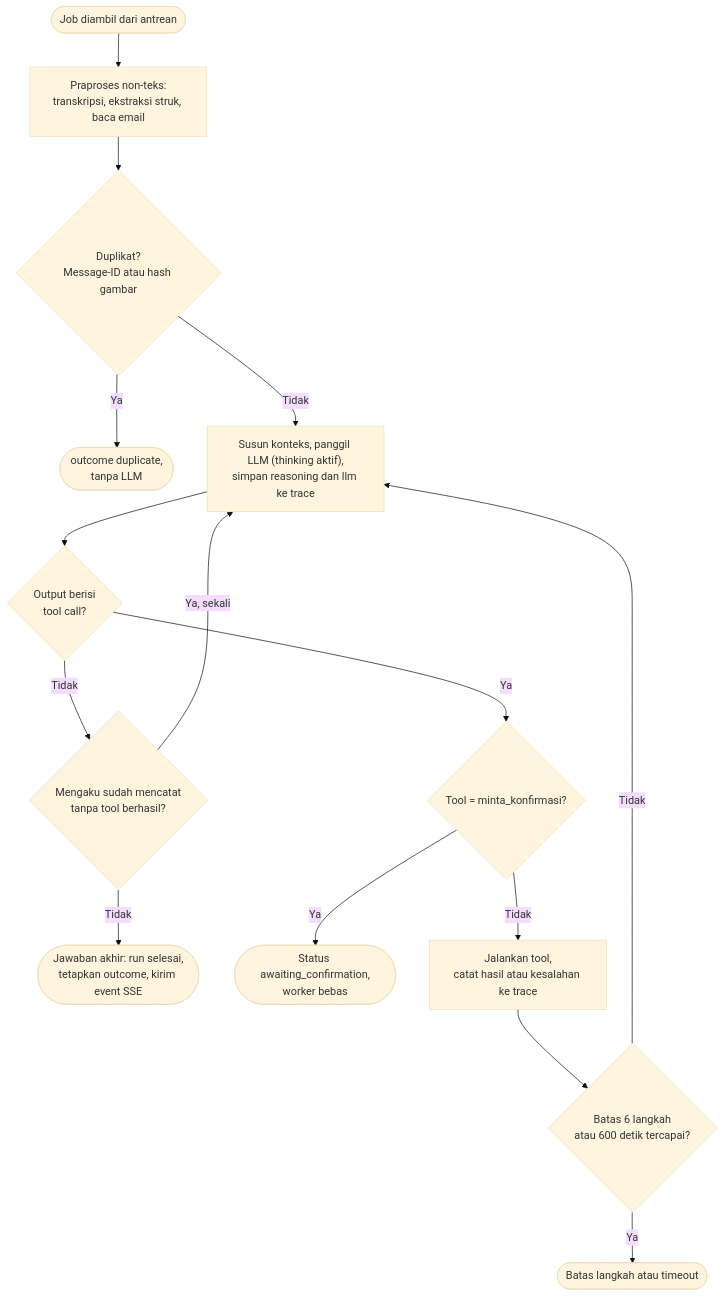
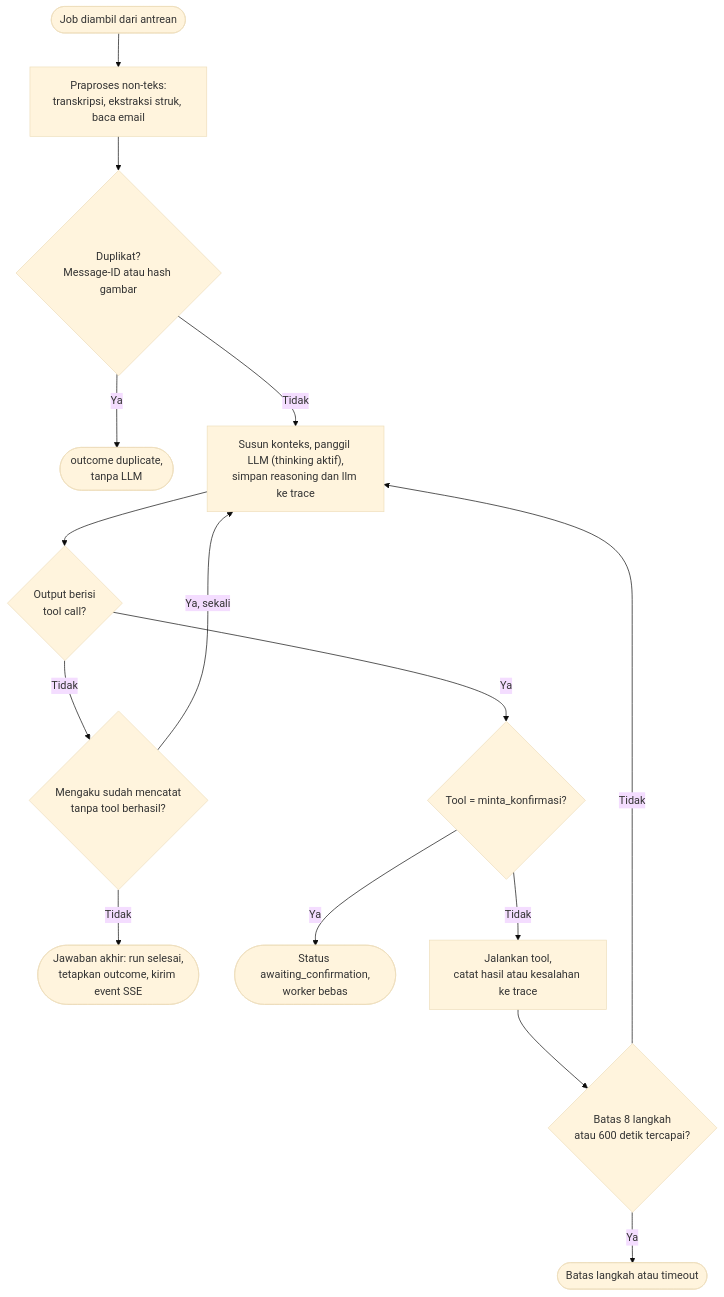
One commit to szyxxx/FinLog changed the eighth of 9 diagrams in docs/use-case-lengkap.md. Above: the diagram before and after it, drawn with Mermaid (base theme). The commit also changed other lines of this file and 55 other files, not shown here.

````diff
--- a/docs/use-case-lengkap.md
+++ b/docs/use-case-lengkap.md
@@ -992,18 +1160,18 @@
 ```mermaid
 %% build: fontsize=16 nodespacing=30 rankspacing=40
 flowchart TD
     START(["Job diambil dari antrean"]) --> PRE["Praproses non-teks:<br/>transkripsi, ekstraksi struk, baca email"]
     PRE --> DUP{"Duplikat?<br/>Message-ID atau hash gambar"}
     DUP -- "Ya" --> DONE0(["outcome duplicate,<br/>tanpa LLM"])
     DUP -- "Tidak" --> LLM["Susun konteks, panggil LLM (thinking aktif),<br/>simpan reasoning dan llm ke trace"]
     LLM --> DEC{"Output berisi<br/>tool call?"}
     DEC -- "Tidak" --> GRD{"Mengaku sudah mencatat<br/>tanpa tool berhasil?"}
     GRD -- "Ya, sekali" --> LLM
     GRD -- "Tidak" --> FINAL(["Jawaban akhir: run selesai,<br/>tetapkan outcome, kirim event SSE"])
     DEC -- "Ya" --> KON{"Tool = minta_konfirmasi?"}
     KON -- "Ya" --> PAUSE(["Status awaiting_confirmation,<br/>worker bebas"])
     KON -- "Tidak" --> EXEC["Jalankan tool,<br/>catat hasil atau kesalahan ke trace"]
-    EXEC --> LIM{"Batas 6 langkah<br/>atau 600 detik tercapai?"}
+    EXEC --> LIM{"Batas 8 langkah<br/>atau 600 detik tercapai?"}
     LIM -- "Tidak" --> LLM
     LIM -- "Ya" --> FAIL(["Batas langkah atau timeout"])
 ```
````
